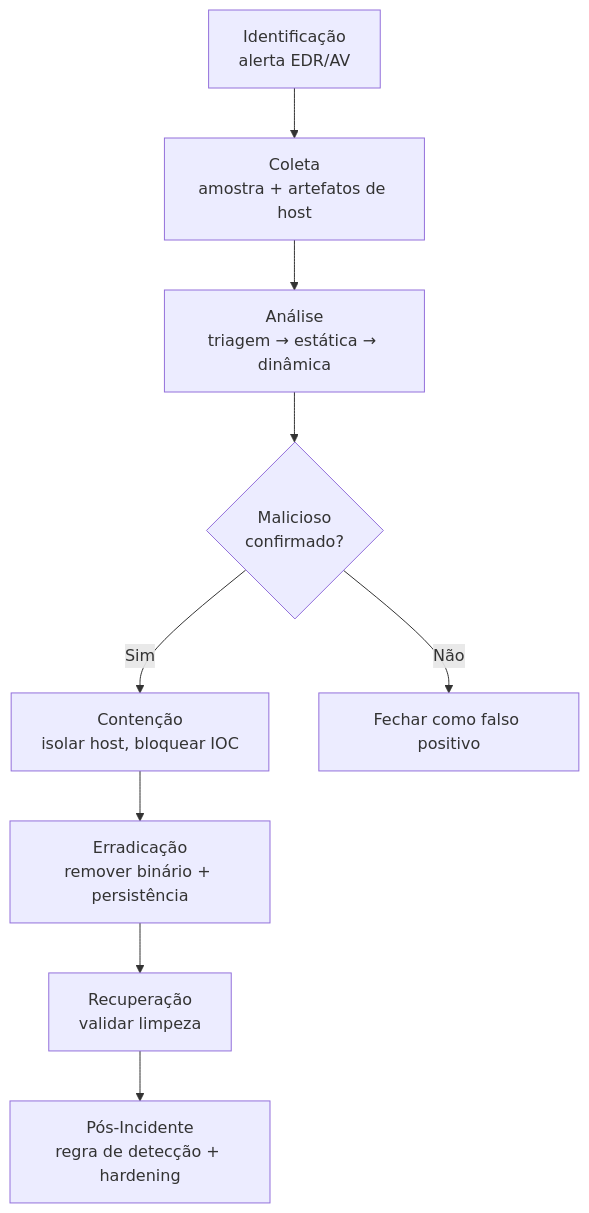
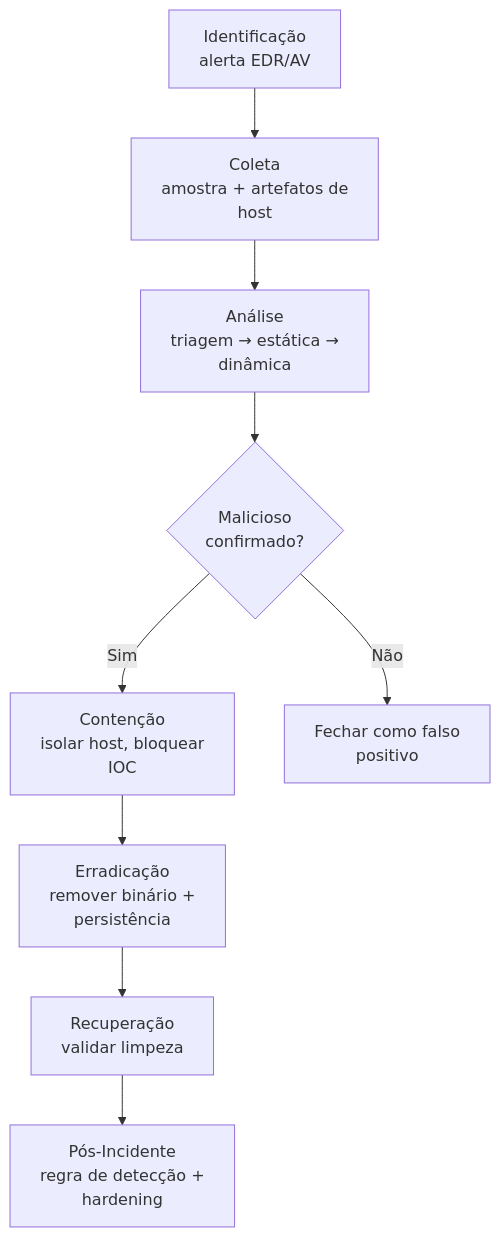
The diagram in Attack-Categories/Malware/README.md (LuucasVerdun/Cyber-Attack-Analysis-Framework), drawn with Mermaid before and after one commit. The commit also changed 28 other files, not shown here.

````diff
--- a/Attack-Categories/Malware/README.md
+++ b/Attack-Categories/Malware/README.md
@@ -49,11 +49,11 @@
 ```mermaid
 flowchart TD
-    A[Identificação<br/>alerta EDR/AV] --> B[Coleta<br/>amostra + artefatos de host]
-    B --> C[Análise<br/>triagem → estática → dinâmica]
+    A[Identificação<br/>alerta EDR/AV] --> B[Coleta<br/>amostra + artefatos de<br/>host]
+    B --> C[Análise<br/>triagem → estática →<br/>dinâmica]
     C --> D{Malicioso<br/>confirmado?}
-    D -->|Sim| E[Contenção<br/>isolar host, bloquear IOC]
-    D -->|Não| Z[Fechar como falso positivo]
-    E --> F[Erradicação<br/>remover binário + persistência]
+    D -->|Sim| E[Contenção<br/>isolar host, bloquear<br/>IOC]
+    D -->|Não| Z[Fechar como falso<br/>positivo]
+    E --> F[Erradicação<br/>remover binário +<br/>persistência]
     F --> G[Recuperação<br/>validar limpeza]
-    G --> H[Pós-Incidente<br/>regra de detecção + hardening]
+    G --> H[Pós-Incidente<br/>regra de detecção +<br/>hardening]
 ```
````
